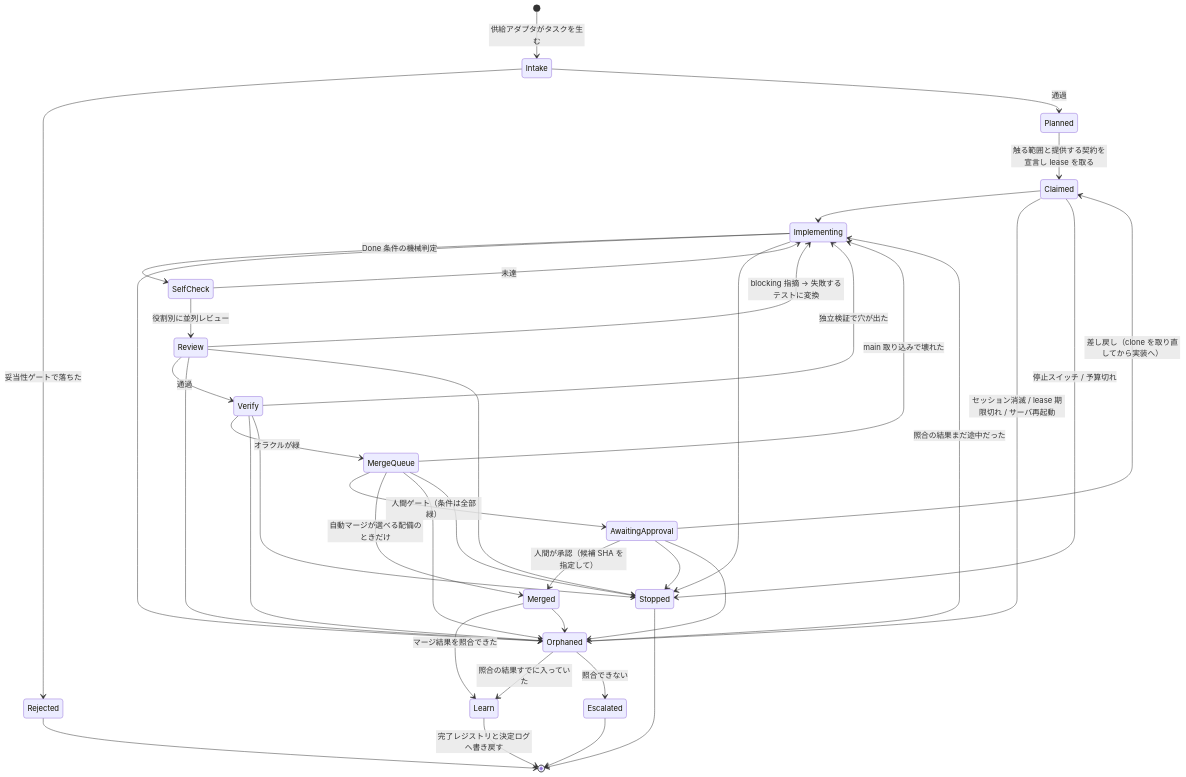
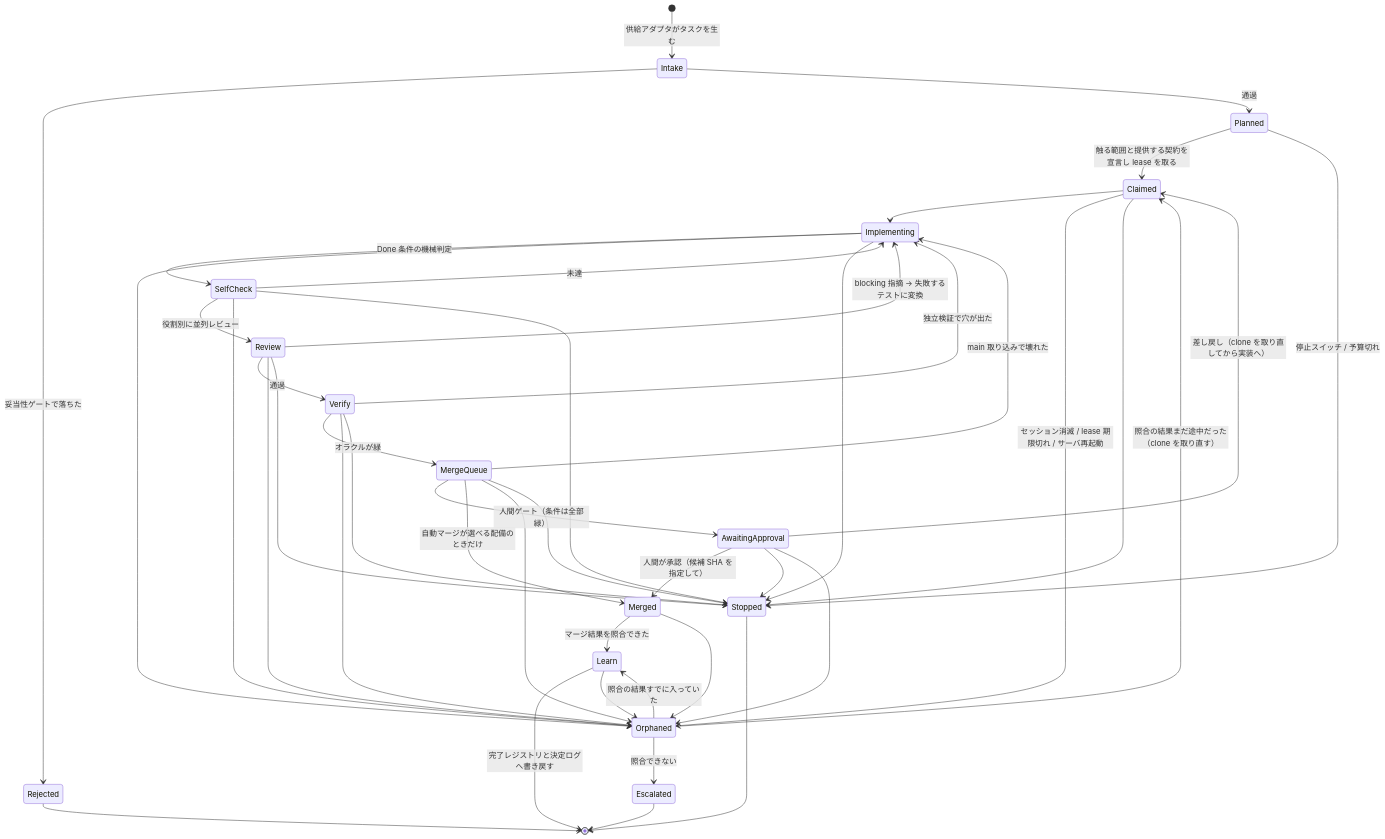
The first of 2 diagrams in future/autonomous-delivery-pipeline.md (highfar-projects/mulmoterminal), drawn with Mermaid before and after one commit. The commit also changed other lines of this file, not shown here.

````diff
--- a/future/autonomous-delivery-pipeline.md
+++ b/future/autonomous-delivery-pipeline.md
@@ -30,42 +30,46 @@
 ```mermaid
 stateDiagram-v2
     [*] --> Intake: 供給アダプタがタスクを生む
     Intake --> Rejected: 妥当性ゲートで落ちた
     Intake --> Planned: 通過
     Planned --> Claimed: 触る範囲と提供する契約を宣言し lease を取る
     Claimed --> Implementing
     Implementing --> SelfCheck: Done 条件の機械判定
     SelfCheck --> Implementing: 未達
     SelfCheck --> Review: 役割別に並列レビュー
+    SelfCheck --> Orphaned
+    SelfCheck --> Stopped
     Review --> Implementing: blocking 指摘 → 失敗するテストに変換
     Review --> Verify: 通過
     Verify --> Implementing: 独立検証で穴が出た
     Verify --> MergeQueue: オラクルが緑
     MergeQueue --> Implementing: main 取り込みで壊れた
     MergeQueue --> AwaitingApproval: 人間ゲート（条件は全部緑）
     AwaitingApproval --> Merged: 人間が承認（候補 SHA を指定して）
     AwaitingApproval --> Claimed: 差し戻し（clone を取り直してから実装へ）
     MergeQueue --> Merged: 自動マージが選べる配備のときだけ
     Merged --> Learn: マージ結果を照合できた
     Learn --> [*]: 完了レジストリと決定ログへ書き戻す
     Rejected --> [*]
 
     Claimed --> Orphaned: セッション消滅 / lease 期限切れ / サーバ再起動
     Implementing --> Orphaned
     Review --> Orphaned
     Verify --> Orphaned
     MergeQueue --> Orphaned
     Merged --> Orphaned
-    Orphaned --> Implementing: 照合の結果まだ途中だった
+    Learn --> Orphaned
+    Orphaned --> Claimed: 照合の結果まだ途中だった（clone を取り直す）
     Orphaned --> Learn: 照合の結果すでに入っていた
     Orphaned --> Escalated: 照合できない
-    Claimed --> Stopped: 停止スイッチ / 予算切れ
+    Planned --> Stopped: 停止スイッチ / 予算切れ
+    Claimed --> Stopped
     Implementing --> Stopped
     Review --> Stopped
     Verify --> Stopped
     MergeQueue --> Stopped
     AwaitingApproval --> Stopped
     AwaitingApproval --> Orphaned
     Escalated --> [*]
     Stopped --> [*]
 ```
````
